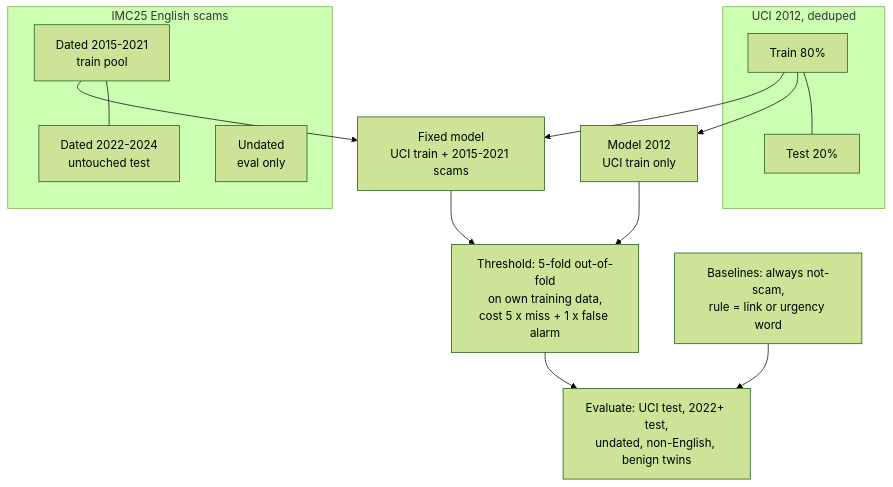
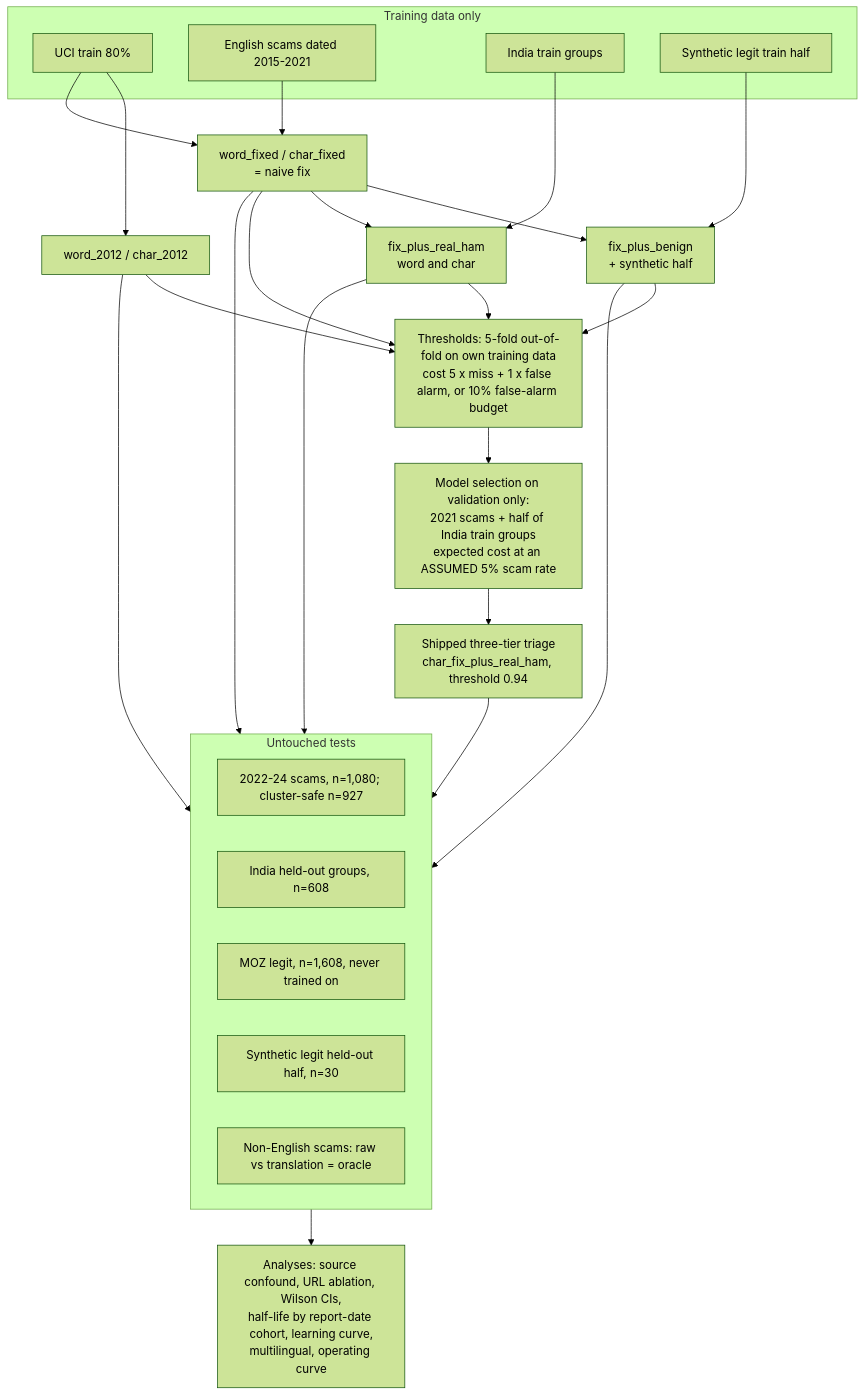
The second of 4 diagrams in docs/PLAN.md (KnigguKniggu-droid/scam-drift), drawn with Mermaid (forest theme) before and after one commit. The commit also changed other lines of this file and 28 other files, not shown here.

Commit message:
Post-deadline v2 (Nov 18): real-legit fix variants, three-tier triage, half-life, learning curve, multilingual pairing, audits

````diff
--- a/docs/PLAN.md
+++ b/docs/PLAN.md
@@ -24,17 +30,29 @@
 ```mermaid
 flowchart TB
-    subgraph UCI[UCI 2012, deduped]
-        U1[Train 80%] --- U2[Test 20%]
+    subgraph TRAIN[Training data only]
+        U1[UCI train 80%]
+        E1[English scams dated 2015-2021]
+        I1[India train groups]
+        Y1[Synthetic legit train half]
     end
-    subgraph IMC[IMC25 English scams]
-        E1[Dated 2015-2021<br/>train pool] --- E2[Dated 2022-2024<br/>untouched test]
-        E3[Undated<br/>eval only]
+    U1 --> W12[word_2012 / char_2012]
+    U1 --> WF[word_fixed / char_fixed<br/>= naive fix]
+    E1 --> WF
+    WF --> FB[fix_plus_benign<br/>+ synthetic half]
+    Y1 --> FB
+    WF --> FR[fix_plus_real_ham<br/>word and char]
+    I1 --> FR
+    W12 & WF & FB & FR --> TH[Thresholds: 5-fold out-of-fold on own training data<br/>cost 5 x miss + 1 x false alarm, or 10% false-alarm budget]
+    TH --> SEL[Model selection on validation only:<br/>2021 scams + half of India train groups<br/>expected cost at an ASSUMED 5% scam rate]
+    SEL --> TRI[Shipped three-tier triage<br/>char_fix_plus_real_ham, threshold 0.94]
+    subgraph TEST[Untouched tests]
+        T1[2022-24 scams, n=1,080; cluster-safe n=927]
+        T2[India held-out groups, n=608]
+        T3[MOZ legit, n=1,608, never trained on]
+        T4[Synthetic legit held-out half, n=30]
+        T5[Non-English scams: raw vs translation = oracle]
     end
-    U1 --> M12[Model 2012<br/>UCI train only]
-    U1 --> MFX[Fixed model<br/>UCI train + 2015-2021 scams]
-    E1 --> MFX
-    M12 --> V[Threshold: 5-fold out-of-fold<br/>on own training data,<br/>cost 5 x miss + 1 x false alarm]
-    MFX --> V
-    V --> R[Evaluate: UCI test, 2022+ test,<br/>undated, non-English, benign twins]
-    B0[Baselines: always not-scam,<br/>rule = link or urgency word] --> R
+    TRI --> TEST
+    W12 & WF & FB & FR --> TEST
+    TEST --> X[Analyses: source confound, URL ablation, Wilson CIs,<br/>half-life by report-date cohort, learning curve,<br/>multilingual, operating curve]
 ```
````
